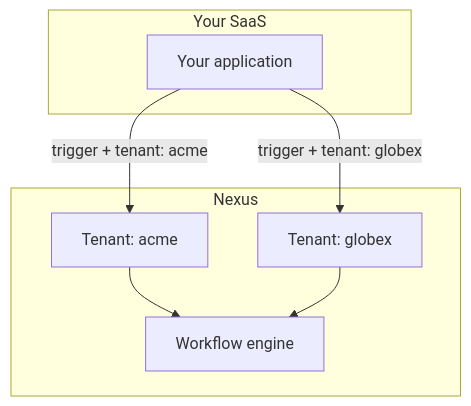
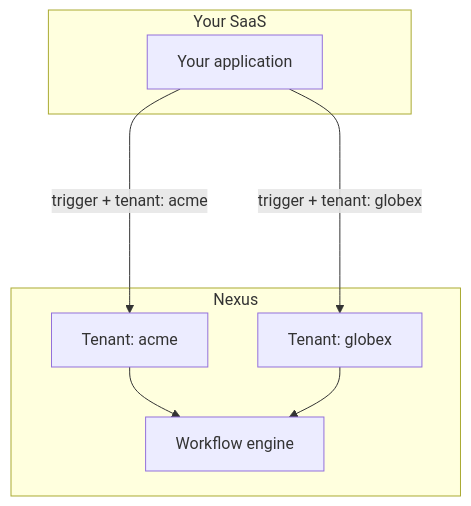
The diagram in content/docs/en/platform/guides/b2b-multi-tenant.mdx (KriyanshKhunt/nexus_docs), drawn with Mermaid before and after one commit. The commit also changed other lines of this file and 3 other files, not shown here.

````diff
--- a/content/docs/en/platform/guides/b2b-multi-tenant.mdx
+++ b/content/docs/en/platform/guides/b2b-multi-tenant.mdx
@@ -10,15 +10,15 @@
 ```mermaid
 flowchart TB
   subgraph Your SaaS
     App[Your application]
   end
   subgraph Nexus
     T1[Tenant: acme]
     T2[Tenant: globex]
     W[Workflow engine]
   end
-  App -->|trigger + tenant: acme| T1
-  App -->|trigger + tenant: globex| T2
+  App ---->|trigger + tenant: acme| T1
+  App ---->|trigger + tenant: globex| T2
   T1 --> W
   T2 --> W
 ```
````
